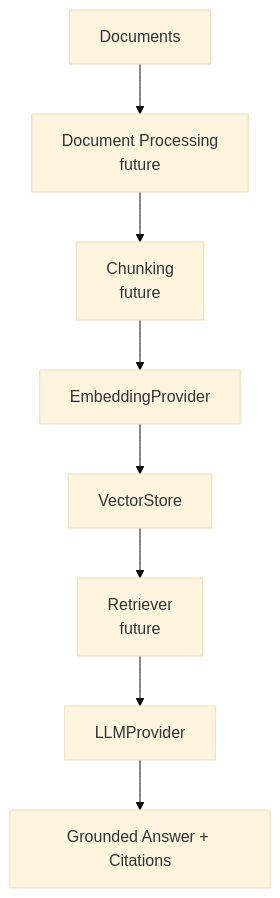
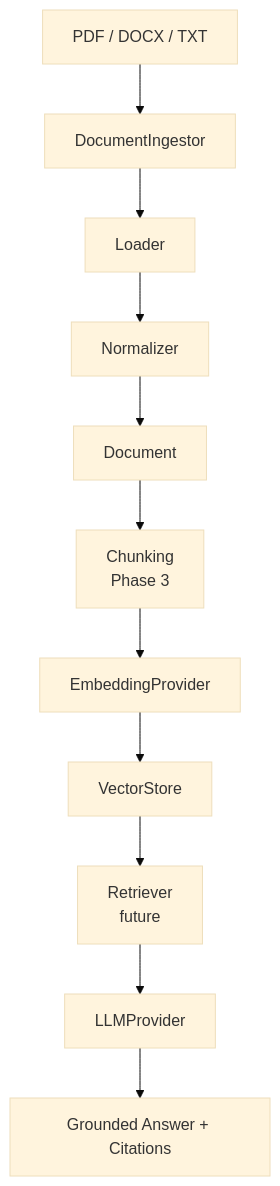
Before and after one commit to SincereSag87/docintel-rag: the first of 2 diagrams in README.md, drawn with Mermaid (base theme). The commit also changed other lines of this file and 24 other files, not shown here.

````diff
--- a/README.md
+++ b/README.md
@@ -27,10 +27,13 @@
 ```mermaid
 flowchart TD
-    A[Documents] --> B[Document Processing<br/>future]
-    B --> C[Chunking<br/>future]
-    C --> D[EmbeddingProvider]
-    D --> E[VectorStore]
-    E --> F[Retriever<br/>future]
-    F --> G[LLMProvider]
-    G --> H[Grounded Answer + Citations]
+    A[PDF / DOCX / TXT] --> B[DocumentIngestor]
+    B --> C[Loader]
+    C --> D[Normalizer]
+    D --> E[Document]
+    E --> F[Chunking<br/>Phase 3]
+    F --> G[EmbeddingProvider]
+    G --> H[VectorStore]
+    H --> I[Retriever<br/>future]
+    I --> J[LLMProvider]
+    J --> K[Grounded Answer + Citations]
 ```
````
